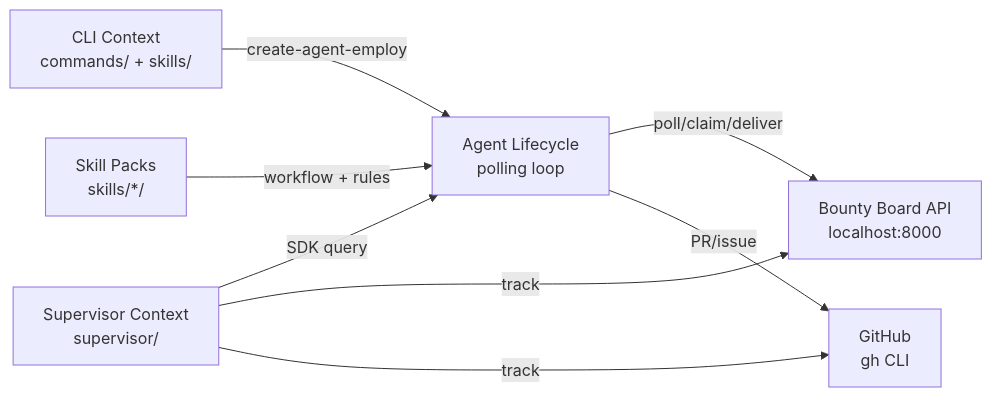
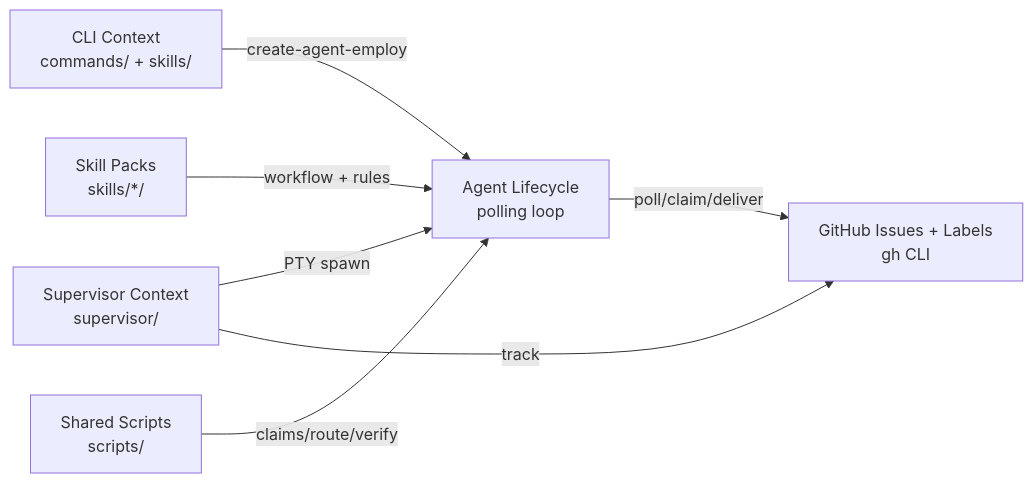
One commit to liyoclaw1242/agent-team changed the first of 2 diagrams in arch.md. Above: the diagram before and after it, drawn with Mermaid. The commit also changed other lines of this file and 3 other files, not shown here.

First line of the commit message:
refactor: purge all bounty board API from tracker + arch.md

````diff
--- a/arch.md
+++ b/arch.md
@@ -15,10 +15,9 @@
 ```mermaid
 graph LR
   CLI[CLI Context<br>commands/ + skills/] --> |create-agent-employ| Agent[Agent Lifecycle<br>polling loop]
-  Agent --> |poll/claim/deliver| API[Bounty Board API<br>localhost:8000]
-  Agent --> |PR/issue| GitHub[GitHub<br>gh CLI]
-  Supervisor[Supervisor Context<br>supervisor/] --> |SDK query| Agent
-  Supervisor --> |track| API
+  Agent --> |poll/claim/deliver| GitHub[GitHub Issues + Labels<br>gh CLI]
+  Supervisor[Supervisor Context<br>supervisor/] --> |PTY spawn| Agent
   Supervisor --> |track| GitHub
   Skills[Skill Packs<br>skills/*/] --> |workflow + rules| Agent
+  Scripts[Shared Scripts<br>scripts/] --> |claims/route/verify| Agent
 ```
````
